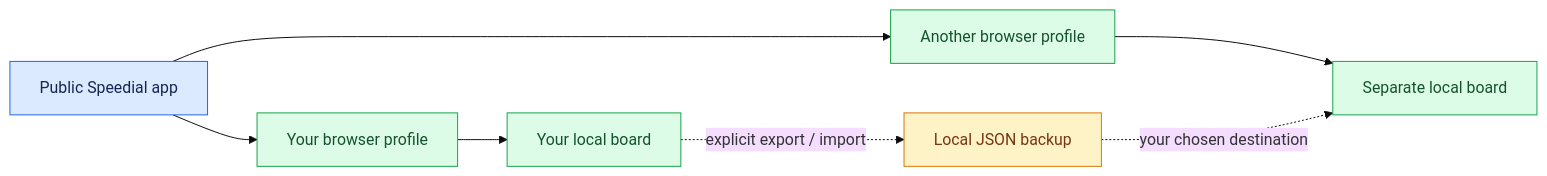
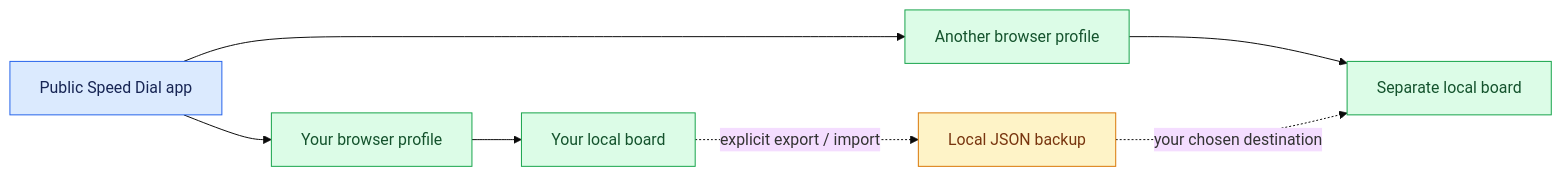
One commit to 4alvit/speeddial changed the diagram in docs/examples/organization-profile/README.md. Above: the diagram before and after it, drawn with Mermaid (base theme). The commit also changed other lines of this file and 32 other files, not shown here.

Commit message:
Fix Speed Dial address and preserve browser backup compatibility

````diff
--- a/docs/examples/organization-profile/README.md
+++ b/docs/examples/organization-profile/README.md
@@ -18,15 +18,15 @@
 ```mermaid
 flowchart LR
-    App["Public Speedial app"] --> A["Your browser profile"]
+    App["Public Speed Dial app"] --> A["Your browser profile"]
     App --> B["Another browser profile"]
     A --> LocalA["Your local board"]
     B --> LocalB["Separate local board"]
     LocalA -. "explicit export / import" .-> Backup["Local JSON backup"]
     Backup -. "your chosen destination" .-> LocalB
     classDef app fill:#dbeafe,stroke:#2563eb,color:#172554
     classDef local fill:#dcfce7,stroke:#16a34a,color:#14532d
     classDef backup fill:#fef3c7,stroke:#d97706,color:#78350f
     class App app
     class A,B,LocalA,LocalB local
     class Backup backup
 ```
````
